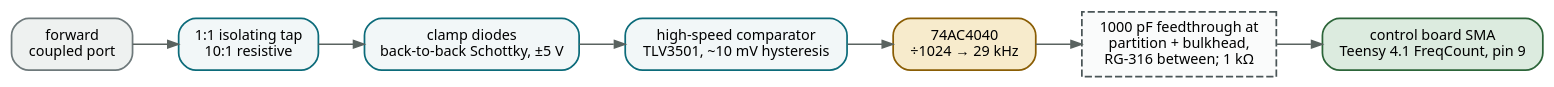
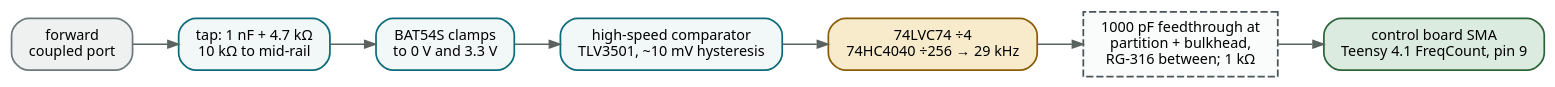
One commit to driador/antenna-tuner changed the diagram in doc/diagrams/counter.dot. Above: the diagram before and after it, drawn with Graphviz. The commit also changed 18 other files, not shown here.

```diff
--- a/doc/diagrams/counter.dot
+++ b/doc/diagrams/counter.dot
@@ -1,18 +1,18 @@
 digraph c {
   rankdir=LR; nodesep=0.25; ranksep=0.45;
   graph [fontname="Noto Sans", fontsize=10, bgcolor="transparent", pad=0.15];
   node  [fontname="Noto Sans", fontsize=10, shape=box, style="rounded,filled",
          fillcolor="#F2F7F8", color="#0C6B7A", penwidth=1.2, margin="0.16,0.09"];
   edge  [fontname="Noto Sans", fontsize=8.5, color="#5A6360", arrowsize=0.75,
          fontcolor="#4A5557"];
 
   fwd  [label="forward\ncoupled port", fillcolor="#EEF1F0", color="#6E797B"];
-  tap  [label="1:1 isolating tap\n10:1 resistive"];
-  clmp [label="clamp diodes\nback-to-back Schottky, ±5 V"];
+  tap  [label="tap: 1 nF + 4.7 kΩ\n10 kΩ to mid-rail"];
+  clmp [label="BAT54S clamps\nto 0 V and 3.3 V"];
   cmp  [label="high-speed comparator\nTLV3501, ~10 mV hysteresis"];
-  div  [label="74AC4040\n÷1024 → 29 kHz", fillcolor="#F7EBCC", color="#8A5D04"];
+  div  [label="74LVC74 ÷4\n74HC4040 ÷256 → 29 kHz", fillcolor="#F7EBCC", color="#8A5D04"];
   bulk [label="1000 pF feedthrough at\npartition + bulkhead,\nRG-316 between; 1 kΩ", shape=box, style="filled,dashed",
         fillcolor="#FAFBFB", color="#4A5557"];
   mcu  [label="control board SMA\nTeensy 4.1 FreqCount, pin 9", fillcolor="#DCEBDF", color="#2C6539"];
   fwd->tap->clmp->cmp->div->bulk->mcu;
 }
```
